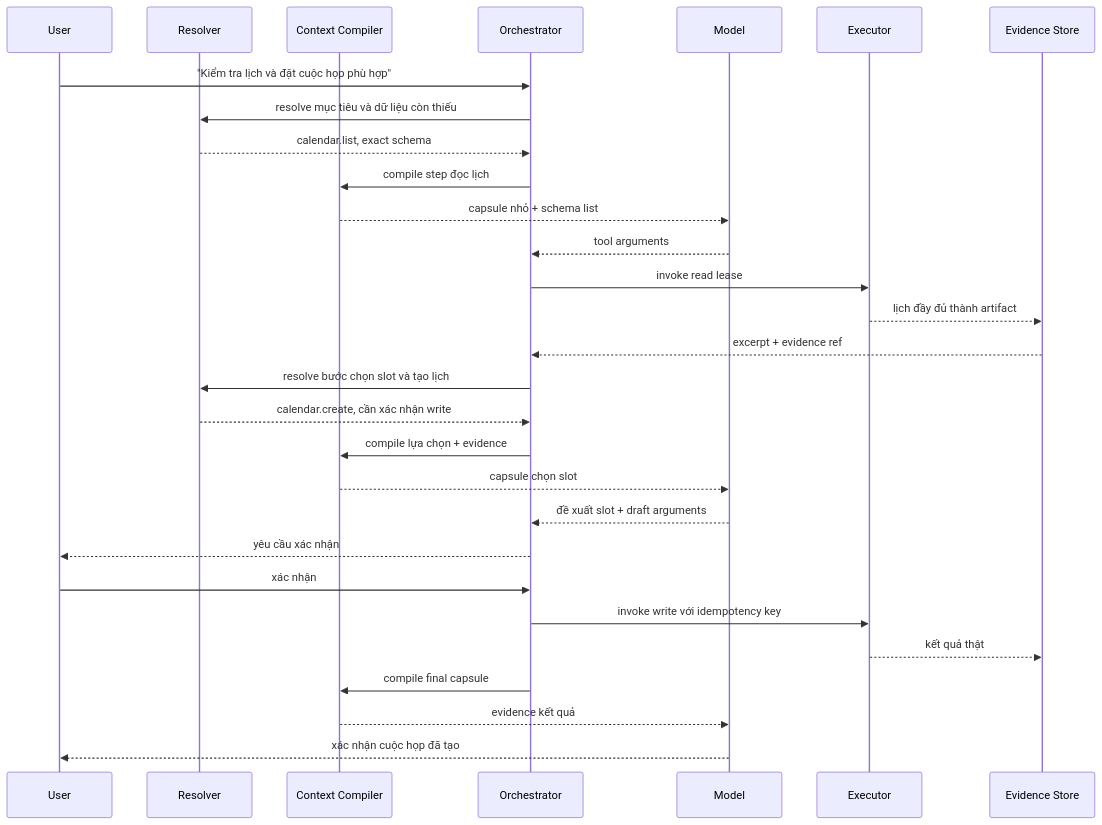
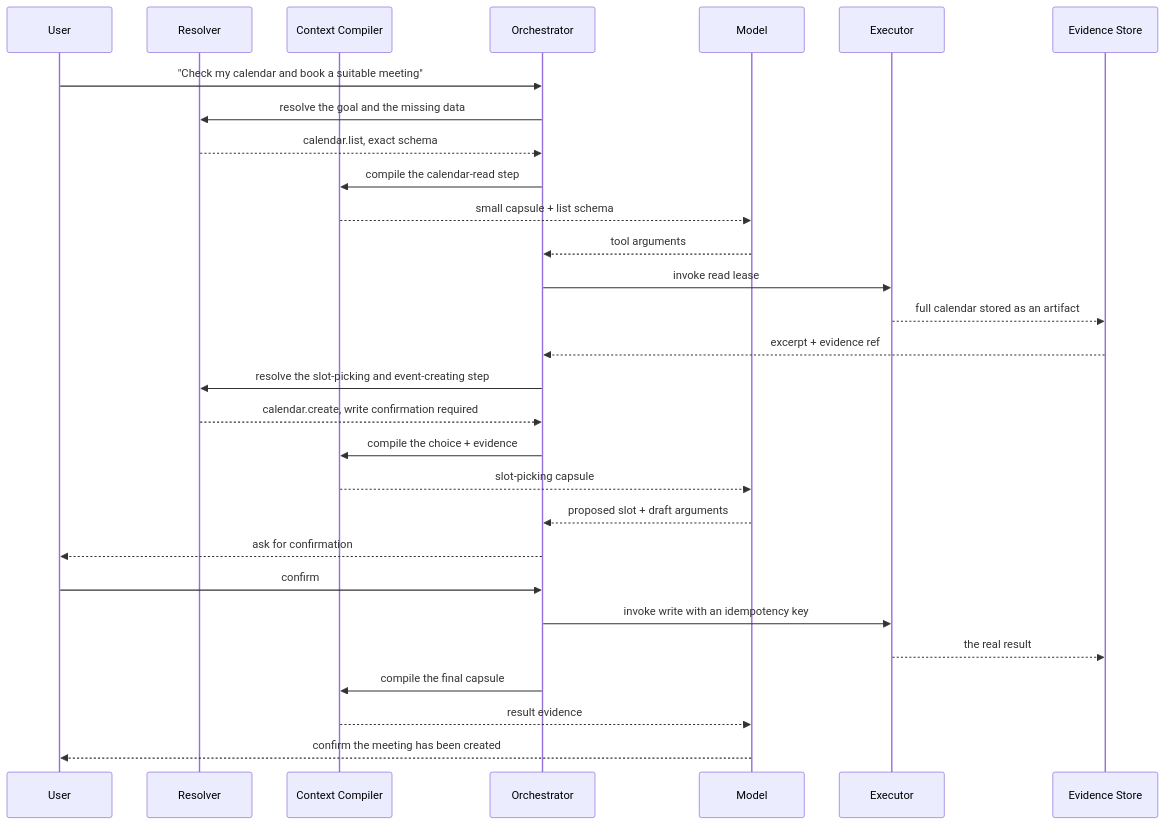
The second of 2 diagrams in docs/dev/2026-08-adaptive-context-runtime-spec.md (thebaci/Jarvis-007), drawn with Mermaid before and after one commit. The commit also changed other lines of this file and 12 other files, not shown here.

````diff
--- a/docs/dev/2026-08-adaptive-context-runtime-spec.md
+++ b/docs/dev/2026-08-adaptive-context-runtime-spec.md
@@ -904,32 +904,32 @@
 ```mermaid
 sequenceDiagram
     participant U as User
     participant R as Resolver
     participant C as Context Compiler
     participant O as Orchestrator
     participant M as Model
     participant X as Executor
     participant E as Evidence Store
 
-    U->>O: "Kiểm tra lịch và đặt cuộc họp phù hợp"
-    O->>R: resolve mục tiêu và dữ liệu còn thiếu
+    U->>O: "Check my calendar and book a suitable meeting"
+    O->>R: resolve the goal and the missing data
     R-->>O: calendar.list, exact schema
-    O->>C: compile step đọc lịch
-    C-->>M: capsule nhỏ + schema list
+    O->>C: compile the calendar-read step
+    C-->>M: small capsule + list schema
     M-->>O: tool arguments
     O->>X: invoke read lease
-    X-->>E: lịch đầy đủ thành artifact
+    X-->>E: full calendar stored as an artifact
     E-->>O: excerpt + evidence ref
-    O->>R: resolve bước chọn slot và tạo lịch
-    R-->>O: calendar.create, cần xác nhận write
-    O->>C: compile lựa chọn + evidence
-    C-->>M: capsule chọn slot
-    M-->>O: đề xuất slot + draft arguments
-    O-->>U: yêu cầu xác nhận
-    U->>O: xác nhận
-    O->>X: invoke write với idempotency key
-    X-->>E: kết quả thật
-    O->>C: compile final capsule
-    C-->>M: evidence kết quả
-    M-->>U: xác nhận cuộc họp đã tạo
+    O->>R: resolve the slot-picking and event-creating step
+    R-->>O: calendar.create, write confirmation required
+    O->>C: compile the choice + evidence
+    C-->>M: slot-picking capsule
+    M-->>O: proposed slot + draft arguments
+    O-->>U: ask for confirmation
+    U->>O: confirm
+    O->>X: invoke write with an idempotency key
+    X-->>E: the real result
+    O->>C: compile the final capsule
+    C-->>M: result evidence
+    M-->>U: confirm the meeting has been created
 ```
````
